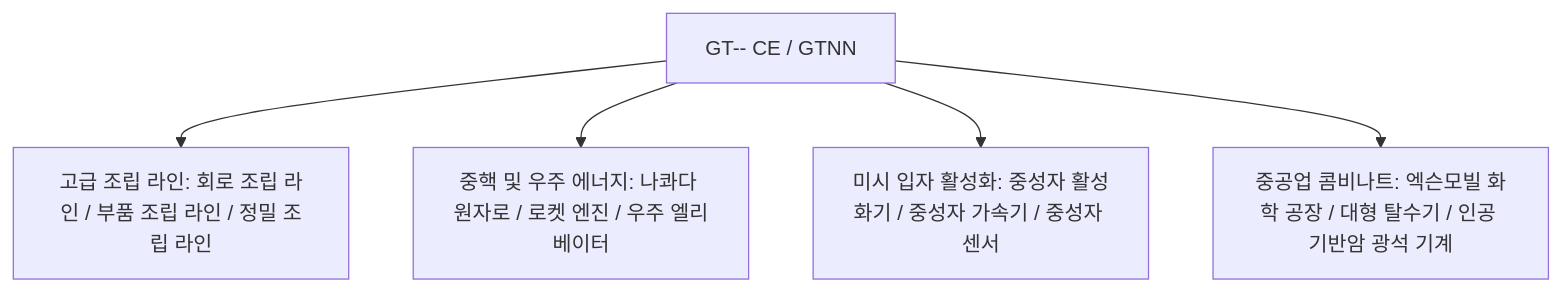
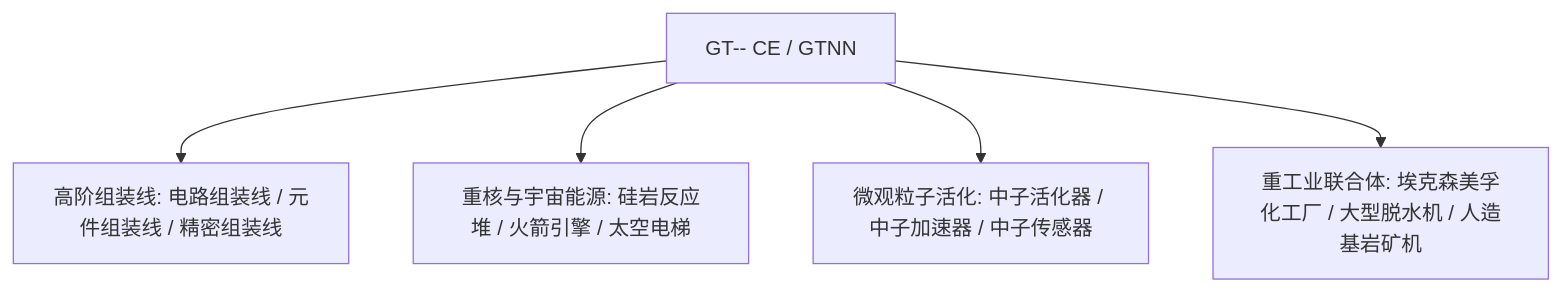
One commit to takanashisatou/GregtechEasy changed the diagram in docs/ko/gt-minus-minus/index.md. Above: the diagram before and after it, drawn with Mermaid. The commit also changed other lines of this file and 144 other files, not shown here.

````diff
--- a/docs/ko/gt-minus-minus/index.md
+++ b/docs/ko/gt-minus-minus/index.md
@@ -12,7 +12,7 @@
 ```mermaid
 graph TD
-    A[GT-- CE / GTNN] --> B[고급 조립 라인: 회로 조립 라인 / 부품 조립 라인 / 정밀 조립 라인]
-    A --> C[중핵 및 우주 에너지: 나콰다 원자로 / 로켓 엔진 / 우주 엘리베이터]
-    A --> D[미시 입자 활성화: 중성자 활성화기 / 중성자 가속기 / 중성자 센서]
-    A --> E[중공업 콤비나트: 엑슨모빌 화학 공장 / 대형 탈수기 / 인공 기반암 광석 기계]
+    A[GT-- CE / GTNN] --> B[高阶组装线: 电路组装线 / 元件组装线 / 精密组装线]
+    A --> C[重核与宇宙能源: 硅岩反应堆 / 火箭引擎 / 太空电梯]
+    A --> D[微观粒子活化: 中子活化器 / 中子加速器 / 中子传感器]
+    A --> E[重工业联合体: 埃克森美孚化工厂 / 大型脱水机 / 人造基岩矿机]
 ```
````
